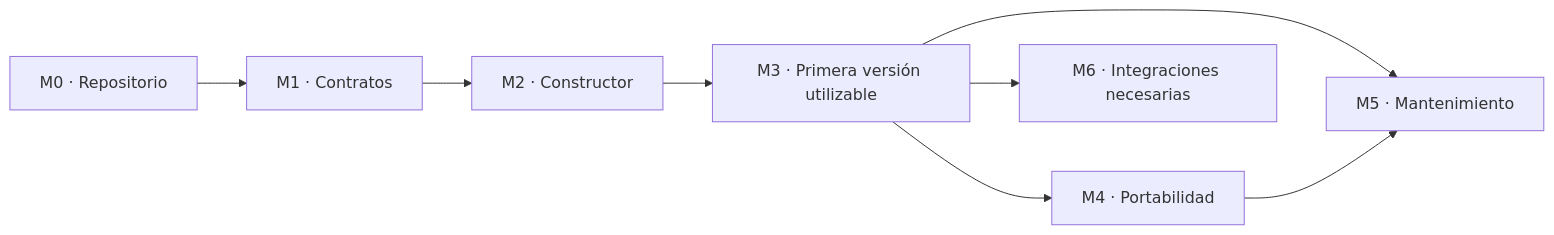
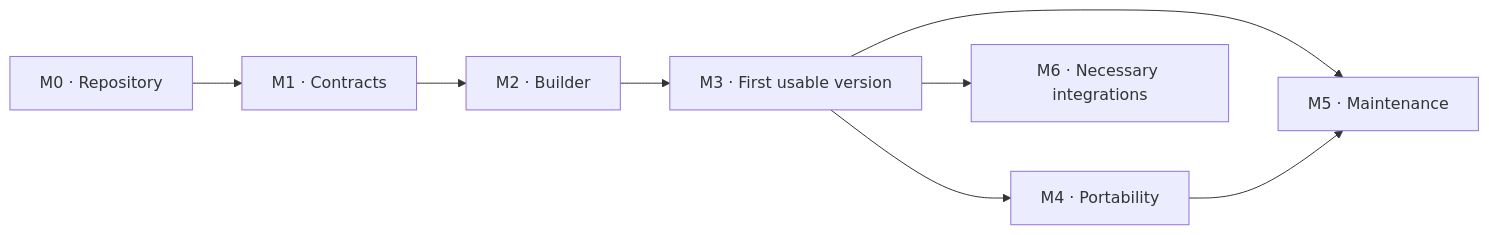
Before and after one commit to afmanu/manu-control-center: the diagram in docs/implementation-plan.md, drawn with Mermaid. The commit also changed other lines of this file and 51 other files, not shown here.

````diff
--- a/docs/implementation-plan.md
+++ b/docs/implementation-plan.md
@@ -25,10 +25,10 @@
 ```mermaid
 flowchart LR
-  M0["M0 · Repositorio"] --> M1["M1 · Contratos"]
-  M1 --> M2["M2 · Constructor"]
-  M2 --> M3["M3 · Primera versión utilizable"]
-  M3 --> M4["M4 · Portabilidad"]
-  M3 --> M5["M5 · Mantenimiento"]
+  M0["M0 · Repository"] --> M1["M1 · Contracts"]
+  M1 --> M2["M2 · Builder"]
+  M2 --> M3["M3 · First usable version"]
+  M3 --> M4["M4 · Portability"]
+  M3 --> M5["M5 · Maintenance"]
   M4 --> M5
-  M3 --> M6["M6 · Integraciones necesarias"]
+  M3 --> M6["M6 · Necessary integrations"]
 ```
````
